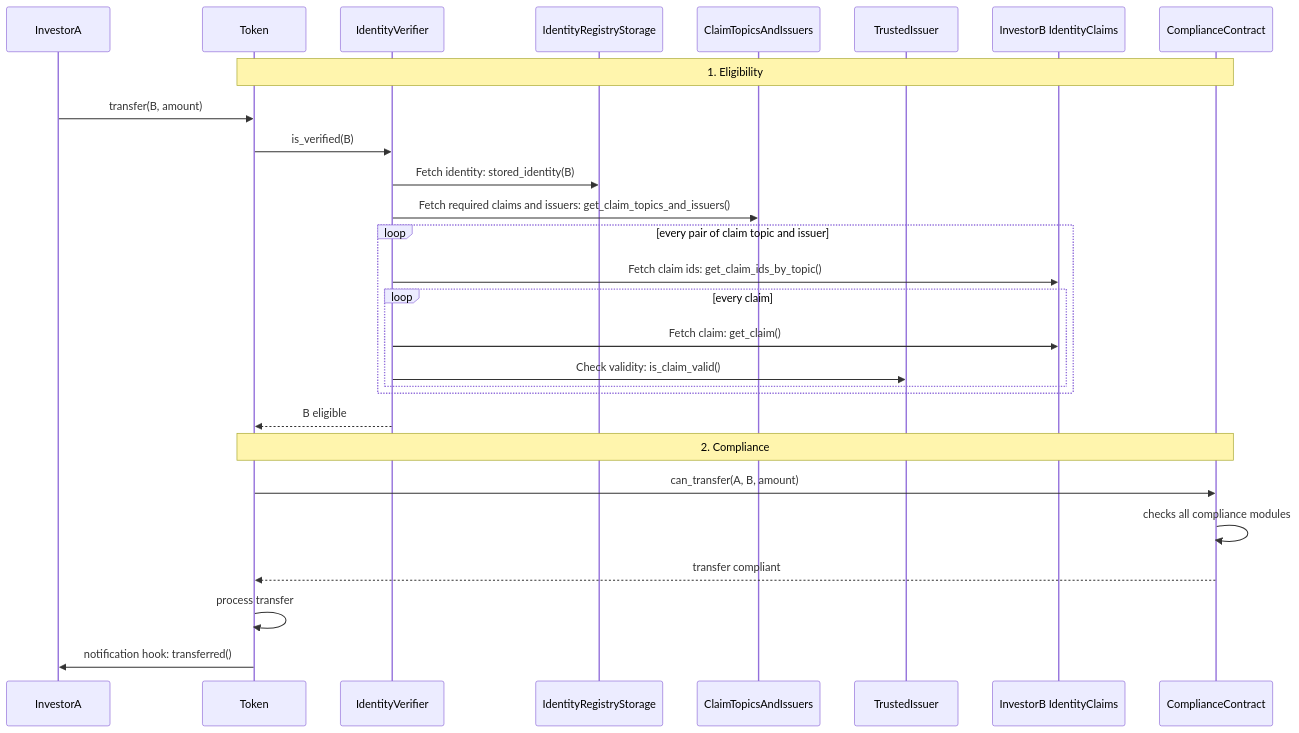
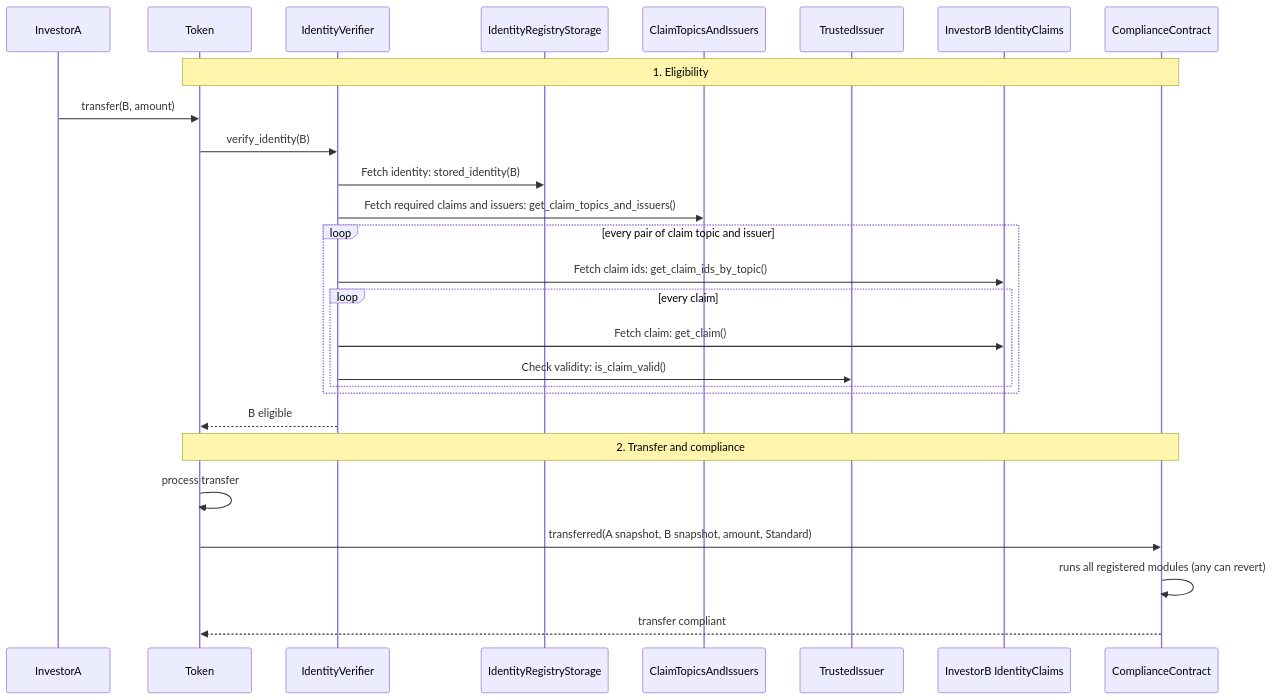
Before and after one commit to OpenZeppelin/docs: the fourth of 4 diagrams in content/stellar-contracts/tokens/rwa/rwa.mdx, drawn with Mermaid. The commit also changed other lines of this file and 20 other files, not shown here.

````diff
--- a/content/stellar-contracts/tokens/rwa/rwa.mdx
+++ b/content/stellar-contracts/tokens/rwa/rwa.mdx
@@ -509,38 +757,36 @@
 ```mermaid
 sequenceDiagram
     participant InvestorA
     participant Token
     participant IdentityVerifier
     participant IdentityRegistryStorage
     participant ClaimTopicsAndIssuers
     participant TrustedIssuer
     participant InvestorB IdentityClaims
     participant ComplianceContract
 
     Note over Token,ComplianceContract: 1. Eligibility
 
     InvestorA->>Token: transfer(B, amount)
-    Token->>IdentityVerifier: is_verified(B)
+    Token->>IdentityVerifier: verify_identity(B)
 
     IdentityVerifier->>IdentityRegistryStorage: Fetch identity: stored_identity(B)
     IdentityVerifier->>ClaimTopicsAndIssuers: Fetch required claims and issuers: get_claim_topics_and_issuers()
 
     loop every pair of claim topic and issuer
         IdentityVerifier->>InvestorB IdentityClaims: Fetch claim ids: get_claim_ids_by_topic()
         loop every claim
             IdentityVerifier->>InvestorB IdentityClaims: Fetch claim: get_claim()
             IdentityVerifier->>TrustedIssuer: Check validity: is_claim_valid()
         end
     end
 
     IdentityVerifier-->>Token: B eligible
 
-    Note over Token,ComplianceContract: 2. Compliance
-
-    Token->>ComplianceContract: can_transfer(A, B, amount)
-    ComplianceContract->>ComplianceContract: checks all compliance modules
-    ComplianceContract-->>Token: transfer compliant
+    Note over Token,ComplianceContract: 2. Transfer and compliance
 
     Token->>Token: process transfer
-    Token->>InvestorA: notification hook: transferred()
+    Token->>ComplianceContract: transferred(A snapshot, B snapshot, amount, Standard)
+    ComplianceContract->>ComplianceContract: runs all registered modules (any can revert)
+    ComplianceContract-->>Token: transfer compliant
 ```
````
